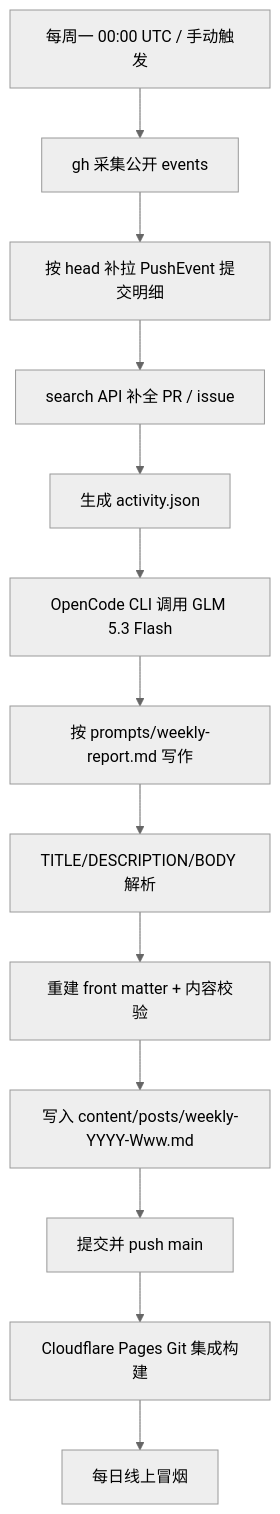
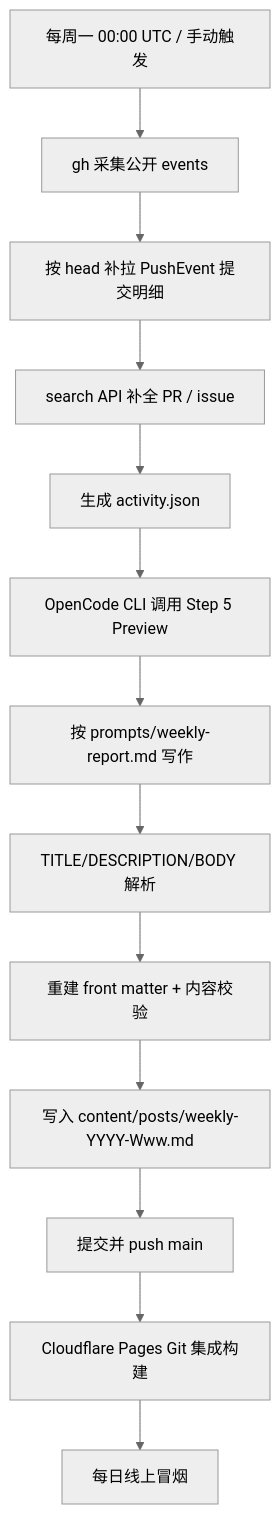
Before and after one commit to 3y3y3y-huaiji/hugo-blog-loveit-theme: the diagram in README.md, drawn with Mermaid (neutral theme). The commit also changed other lines of this file and 19 other files, not shown here.

First line of the commit message:
feat(weekly): switch report model to Step 5 Preview

````diff
--- a/README.md
+++ b/README.md
@@ -40,15 +40,15 @@
 ```mermaid
 graph TD
     A[每周一 00:00 UTC / 手动触发] --> B[gh 采集公开 events]
     B --> C[按 head 补拉 PushEvent 提交明细]
     C --> D[search API 补全 PR / issue]
     D --> E[生成 activity.json]
-    E --> F[OpenCode CLI 调用 GLM 5.3 Flash]
+    E --> F[OpenCode CLI 调用 Step 5 Preview]
     F --> G[按 prompts/weekly-report.md 写作]
     G --> H[TITLE/DESCRIPTION/BODY 解析]
     H --> I[重建 front matter + 内容校验]
     I --> J[写入 content/posts/weekly-YYYY-Www.md]
     J --> K[提交并 push main]
     K --> L[Cloudflare Pages Git 集成构建]
     L --> M[每日线上冒烟]
 ```
````
